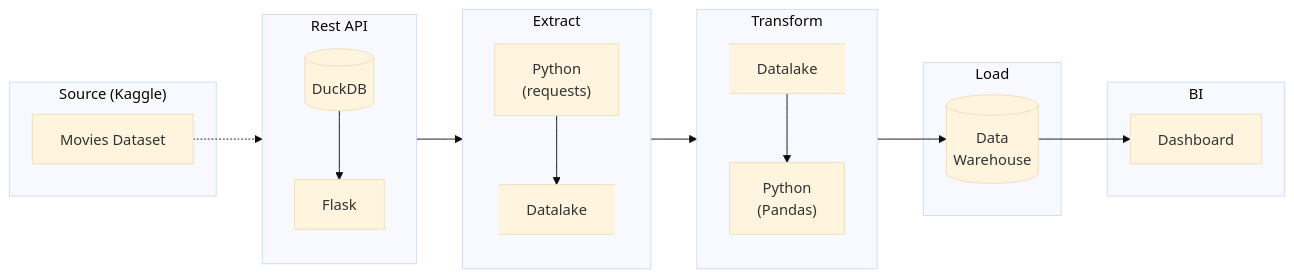
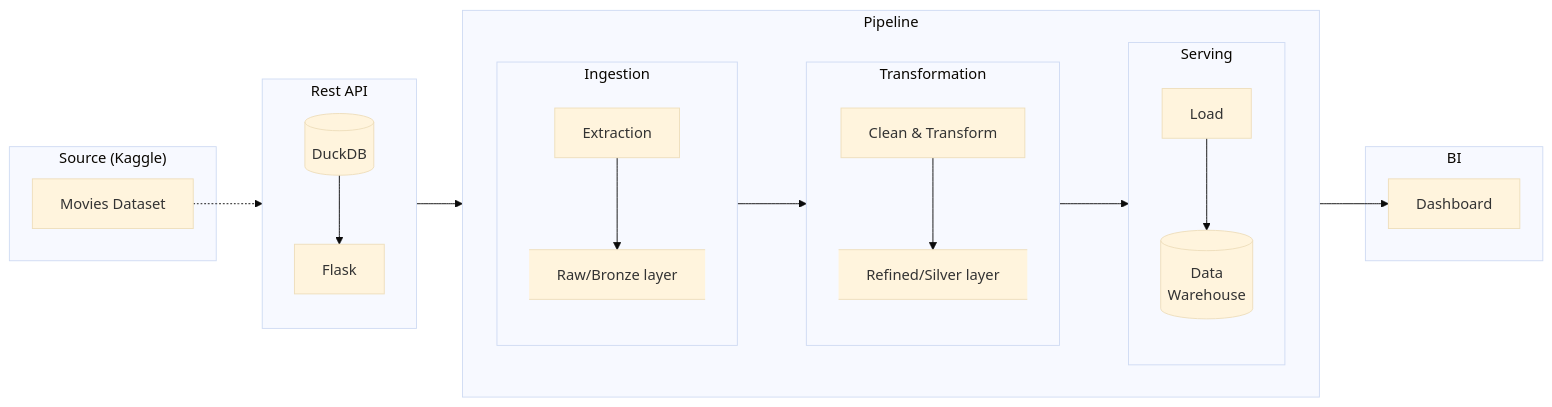
The diagram in README.md (QuentinElGuay/portfolio-movies-etl), drawn with Mermaid (base theme) before and after one commit. The commit also changed other lines of this file, not shown here.

Commit message:
fix small errors in the readme file (#6)

````diff
--- a/README.md
+++ b/README.md
@@ -31,44 +32,49 @@
 ```mermaid
 flowchart LR
     subgraph "Source (Kaggle)"
         A[Movies Dataset]
     end
 
     subgraph Rest API
         direction TB
         B[(DuckDB)]
         C[Flask]
     end
 
-    subgraph Extract
-        direction TB
-        D["Python
-        (requests)"]
-        E@{shape: datastore, label: "Datalake"}
-    end
+    subgraph Pipeline
+        direction LR
 
-    subgraph Transform
-        direction TB
-        F@{shape: datastore, label: "Datalake"}
-        G["Python
-        (Pandas)"]
-    end
+        subgraph Ingestion
+            direction TB
+            D["Extraction"]
+            E@{shape: datastore, label: "Raw/Bronze layer"}
+        end
 
-    subgraph Load
-        H[(Data
-        Warehouse)]
+        subgraph Transformation
+            direction TB
+            F["Clean & Transform"]
+            G@{shape: datastore, label: "Refined/Silver layer"}
+        end
+
+        subgraph Serving
+            direction TB
+            H["Load"]
+            I[(Data
+            Warehouse)]
+        end
     end
 
     subgraph BI
-        I[Dashboard]
+        J[Dashboard]
     end
 
     A -.-> B
     B --> C
     C --> D
     D --> E
     E --> F
     F --> G
     G --> H
     H --> I
+    I --> J
 ```
````
